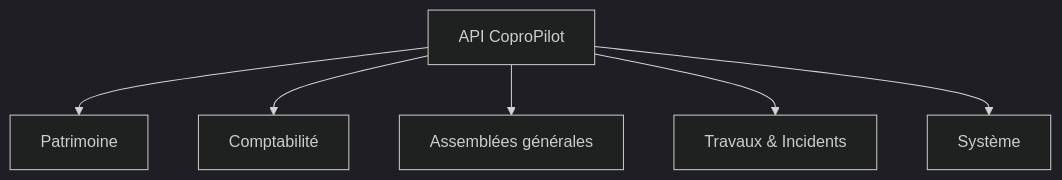
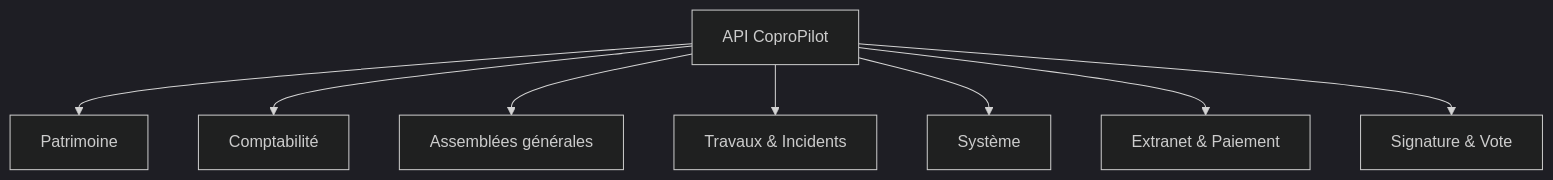
One commit to Wifsimster/copro-pilot changed the diagram in docs/api.md. Above: the diagram before and after it, drawn with Mermaid (dark theme). The commit also changed other lines of this file and 12 other files, not shown here.

````diff
--- a/docs/api.md
+++ b/docs/api.md
@@ -7,8 +7,10 @@
 ```mermaid
 graph TD
     A[API CoproPilot] --> B[Patrimoine]
     A --> C[Comptabilité]
     A --> D[Assemblées générales]
     A --> E[Travaux & Incidents]
     A --> F[Système]
+    A --> G[Extranet & Paiement]
+    A --> H[Signature & Vote]
 ```
````
